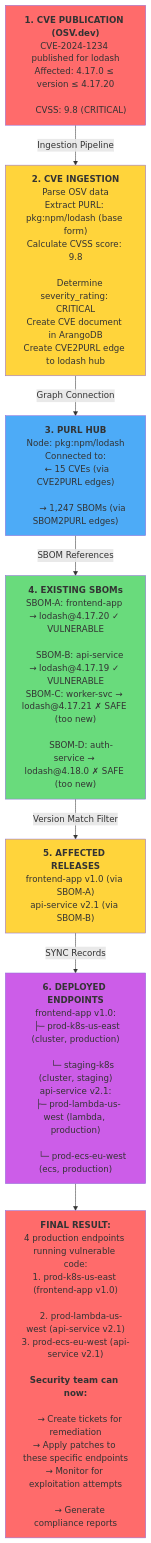
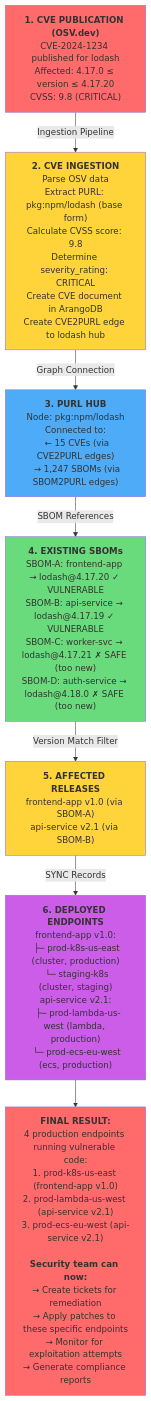
One commit to ortelius/cve2release-tracker changed the ninth of 23 diagrams in design.md. Above: the diagram before and after it, drawn with Mermaid. The commit also changed other lines of this file, not shown here.

````diff
--- a/design.md
+++ b/design.md
@@ -492,46 +487,36 @@
 ```mermaid
 flowchart TB
-    Step1["<b>1. CVE PUBLICATION (OSV.dev)</b><br/>CVE-2024-1234 published for lodash<br/>Affected: 4.17.0 ≤ version ≤ 4.17.20<br/>
-    CVSS: 9.8 (CRITICAL)"]
+    Step1["<b>1. CVE PUBLICATION (OSV.dev)</b><br/>CVE-2024-1234 published for lodash<br/>Affected: 4.17.0 ≤ version ≤ 4.17.20<br/>CVSS: 9.8 (CRITICAL)"]
     
     Step1 -->|Ingestion Pipeline| Step2
     
-    Step2["<b>2. CVE INGESTION</b><br/>Parse OSV data<br/>Extract PURL: pkg:npm/lodash (base form)<br/>Calculate CVSS score: 9.8<br/>
-    Determine severity_rating: CRITICAL<br/>Create CVE document in ArangoDB<br/>Create CVE2PURL edge to lodash hub"]
+    Step2["<b>2. CVE INGESTION</b><br/>Parse OSV data<br/>Extract PURL: pkg:npm/lodash (base form)<br/>Calculate CVSS score: 9.8<br/>Determine severity_rating: CRITICAL<br/>Create CVE document in ArangoDB<br/>Create CVE2PURL edge to lodash hub"]
     
     Step2 -->|Graph Connection| Step3
     
-    Step3["<b>3. PURL HUB</b><br/>Node: pkg:npm/lodash<br/>Connected to:<br/>  ← 15 CVEs (via CVE2PURL edges)<br/>
-      → 1,247 SBOMs (via SBOM2PURL edges)"]
+    Step3["<b>3. PURL HUB</b><br/>Node: pkg:npm/lodash<br/>Connected to:<br/>  ← 15 CVEs (via CVE2PURL edges)<br/>  → 1,247 SBOMs (via SBOM2PURL edges)"]
     
     Step3 -->|SBOM References| Step4
     
-    Step4["<b>4. EXISTING SBOMs</b><br/>SBOM-A: frontend-app → lodash@4.17.20 ✓ VULNERABLE<br/>
-    SBOM-B: api-service → lodash@4.17.19 ✓ VULNERABLE<br/>SBOM-C: worker-svc → lodash@4.17.21 ✗ SAFE (too new)<br/>
-    SBOM-D: auth-service → lodash@4.18.0 ✗ SAFE (too new)"]
+    Step4["<b>4. EXISTING SBOMs</b><br/>SBOM-A: frontend-app → lodash@4.17.20 ✓ VULNERABLE<br/>SBOM-B: api-service → lodash@4.17.19 ✓ VULNERABLE<br/>SBOM-C: worker-svc → lodash@4.17.21 ✗ SAFE (too new)<br/>SBOM-D: auth-service → lodash@4.18.0 ✗ SAFE (too new)"]
     
     Step4 -->|Version Match Filter| Step5
     
     Step5["<b>5. AFFECTED RELEASES</b><br/>frontend-app v1.0 (via SBOM-A)<br/>api-service v2.1 (via SBOM-B)"]
     
     Step5 -->|SYNC Records| Step6
     
-    Step6["<b>6. DEPLOYED ENDPOINTS</b><br/>frontend-app v1.0:<br/>  ├─ prod-k8s-us-east (cluster, production)<br/>
-      └─ staging-k8s (cluster, staging)<br/>api-service v2.1:<br/>  ├─ prod-lambda-us-west (lambda, production)<br/>
-      └─ prod-ecs-eu-west (ecs, production)"]
+    Step6["<b>6. DEPLOYED ENDPOINTS</b><br/>frontend-app v1.0:<br/>  ├─ prod-k8s-us-east (cluster, production)<br/>  └─ staging-k8s (cluster, staging)<br/>api-service v2.1:<br/>  ├─ prod-lambda-us-west (lambda, production)<br/>  └─ prod-ecs-eu-west (ecs, production)"]
     
     Step6 --> Result
     
-    Result["<b>FINAL RESULT:</b><br/>4 production endpoints running vulnerable code:<br/>1. prod-k8s-us-east (frontend-app v1.0)<br/>
-    2. prod-lambda-us-west (api-service v2.1)<br/>3. prod-ecs-eu-west (api-service v2.1)<br/><br/><b>Security team can now:</b><br/>
-    → Create tickets for remediation<br/>→ Apply patches to these specific endpoints<br/>→ Monitor for exploitation attempts<br/>
-    → Generate compliance reports"]
+    Result["<b>FINAL RESULT:</b><br/>4 production endpoints running vulnerable code:<br/>1. prod-k8s-us-east (frontend-app v1.0)<br/>2. prod-lambda-us-west (api-service v2.1)<br/>3. prod-ecs-eu-west (api-service v2.1)<br/><br/><b>Security team can now:</b><br/>→ Create tickets for remediation<br/>→ Apply patches to these specific endpoints<br/>→ Monitor for exploitation attempts<br/>→ Generate compliance reports"]
     
     style Step1 fill:#ff6b6b
     style Step2 fill:#ffd43b
     style Step3 fill:#4dabf7
     style Step4 fill:#69db7c
     style Step5 fill:#ffd43b
     style Step6 fill:#cc5de8
     style Result fill:#ff6b6b
 ```
````
